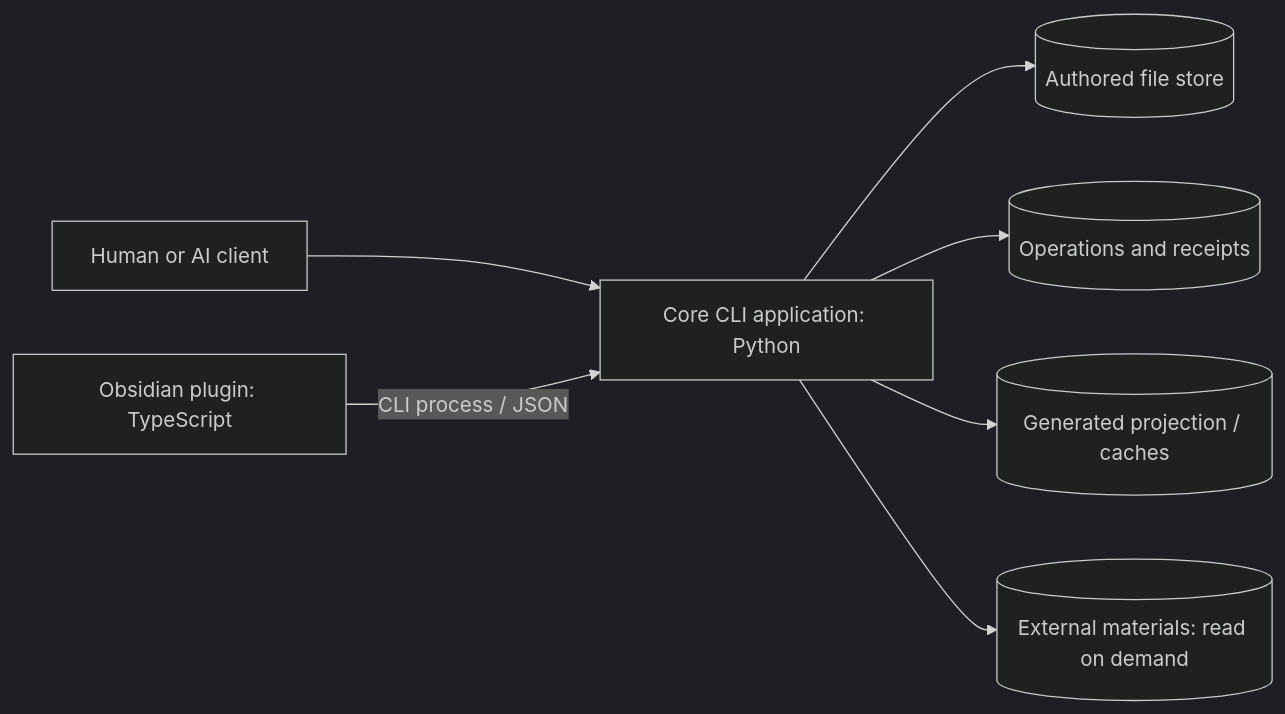
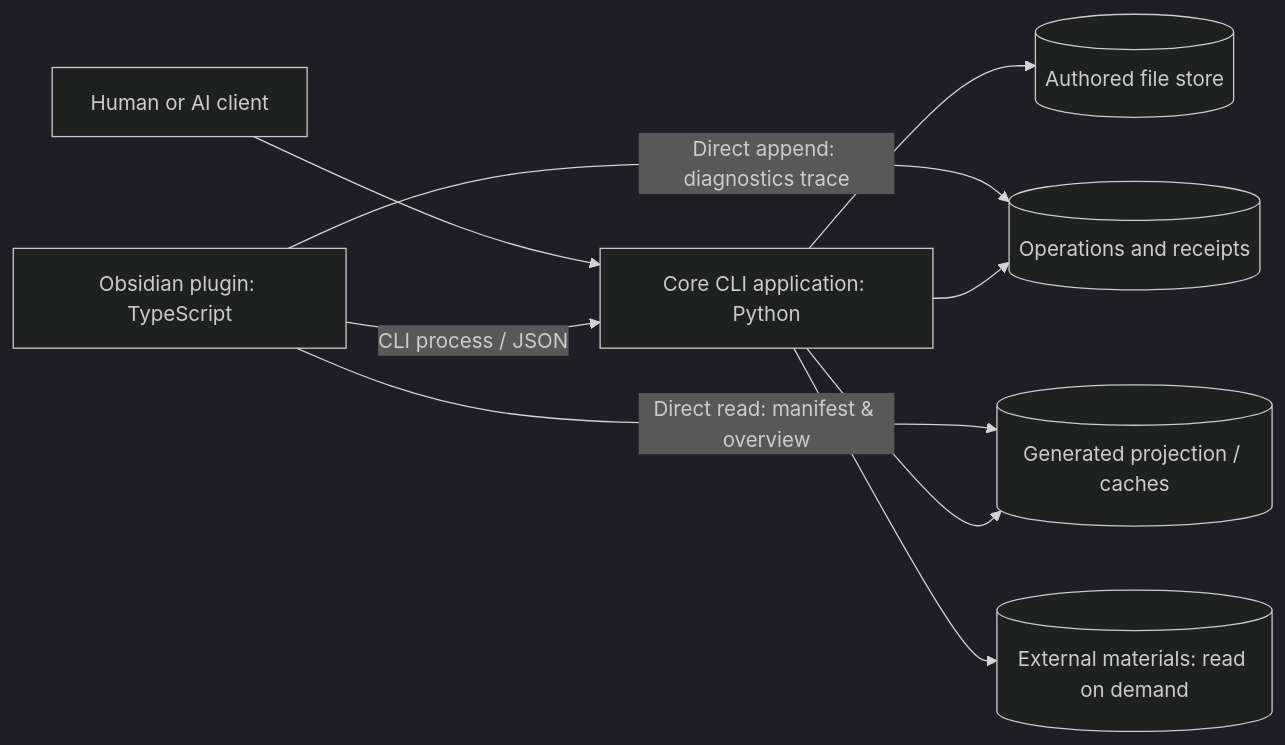
One commit to Aram164/LearningOS changed the second of 7 diagrams in system/developer/C4.md. Above: the diagram before and after it, drawn with Mermaid (dark theme). The commit also changed 234 other files, not shown here.

````diff
--- a/system/developer/C4.md
+++ b/system/developer/C4.md
@@ -18,9 +18,11 @@
 ```mermaid
 flowchart LR
   user["Human or AI client"] --> core["Core CLI application: Python"]
   ui["Obsidian plugin: TypeScript"] -->|"CLI process / JSON"| core
+  ui -->|"Direct read: manifest & overview"| views
+  ui -->|"Direct append: diagnostics trace"| ledger
   core --> canon[("Authored file store")]
   core --> ledger[("Operations and receipts")]
   core --> views[("Generated projection / caches")]
   core --> materials[("External materials: read on demand")]
 ```
````
